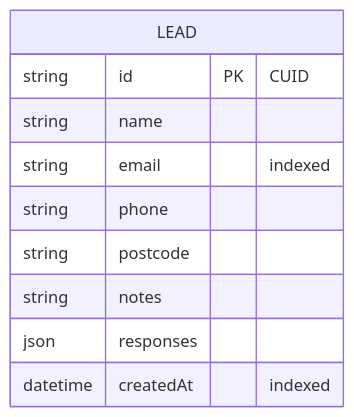
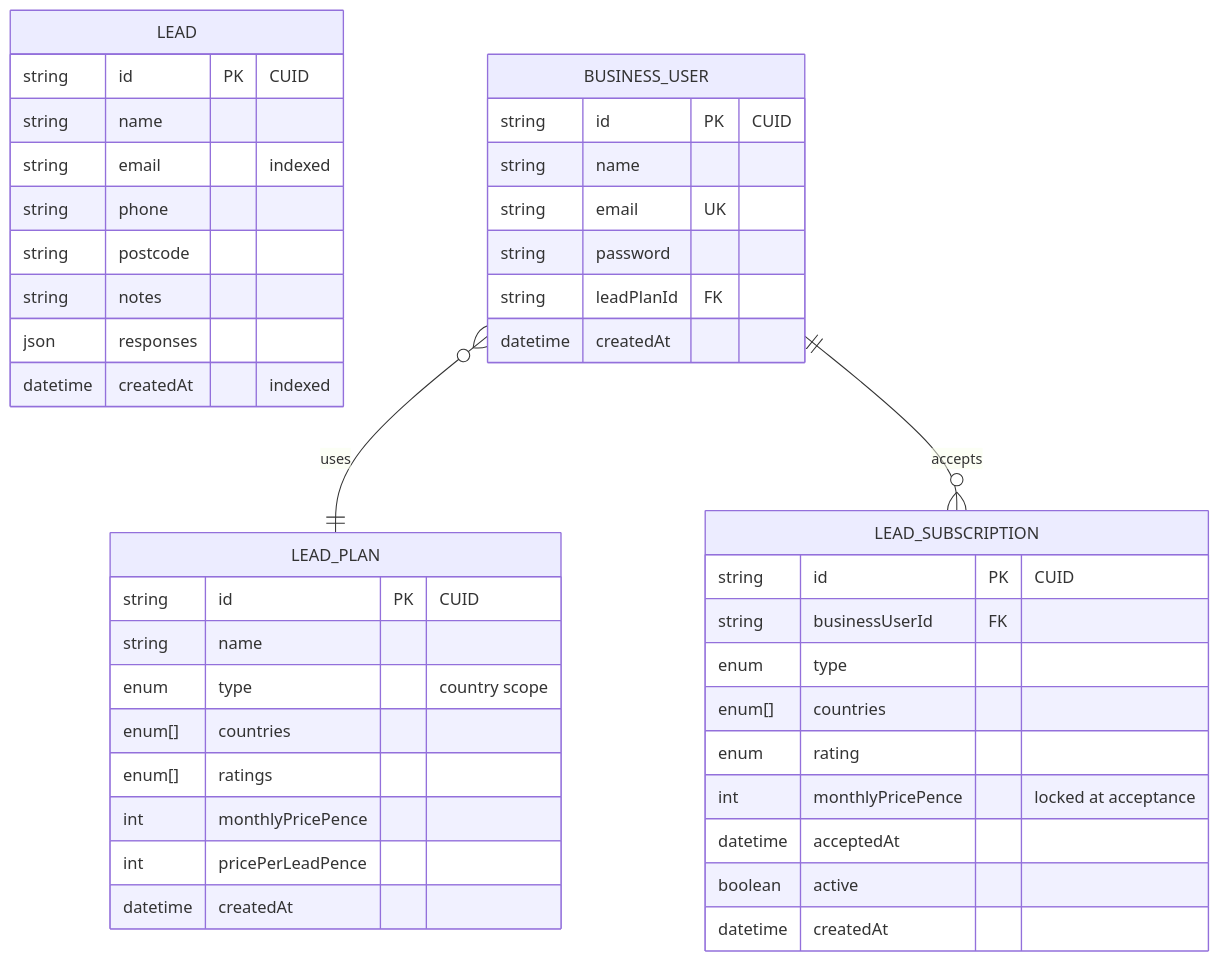
One commit to Allysquad/no-more-sales-people changed the second of 2 diagrams in docs/DATABASE_SCHEMA.md. Above: the diagram before and after it, drawn with Mermaid. The commit also changed other lines of this file and 31 other files, not shown here.

````diff
--- a/docs/DATABASE_SCHEMA.md
+++ b/docs/DATABASE_SCHEMA.md
@@ -24,13 +24,44 @@
 ```mermaid
 erDiagram
     LEAD {
         string id PK "CUID"
         string name
         string email "indexed"
         string phone
         string postcode
         string notes
         json responses
         datetime createdAt "indexed"
     }
+    BUSINESS_USER }o--|| LEAD_PLAN : "uses"
+    BUSINESS_USER ||--o{ LEAD_SUBSCRIPTION : "accepts"
+    BUSINESS_USER {
+        string id PK "CUID"
+        string name
+        string email UK
+        string password
+        string leadPlanId FK
+        datetime createdAt
+    }
+    LEAD_PLAN {
+        string id PK "CUID"
+        string name
+        enum type "country scope"
+        enum[] countries
+        enum[] ratings
+        int monthlyPricePence
+        int pricePerLeadPence
+        datetime createdAt
+    }
+    LEAD_SUBSCRIPTION {
+        string id PK "CUID"
+        string businessUserId FK
+        enum type
+        enum[] countries
+        enum rating
+        int monthlyPricePence "locked at acceptance"
+        datetime acceptedAt
+        boolean active
+        datetime createdAt
+    }
 ```
````
